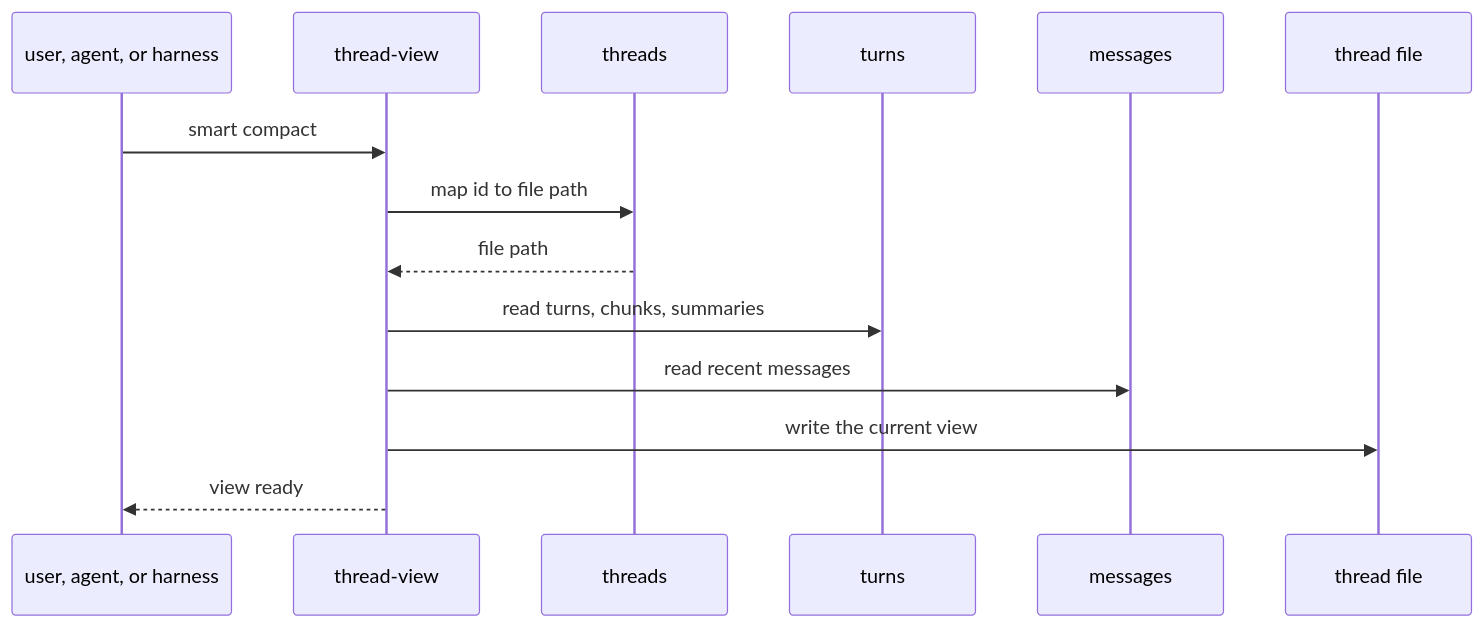
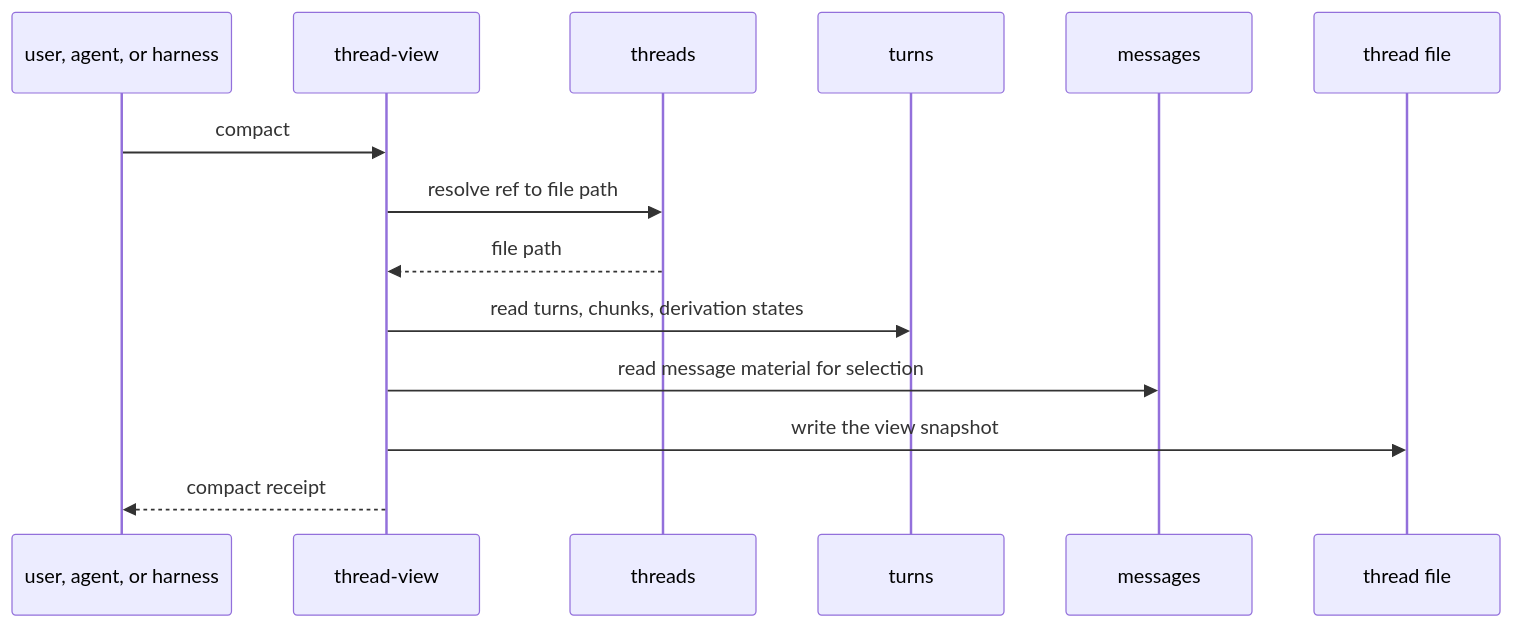
Before and after one commit to liminal-ai/long-horizon-context: the ninth of 11 diagrams in docs/onboard/02-domain-design.md, drawn with Mermaid. The commit also changed other lines of this file and 1 other file, not shown here.

First line of the commit message:
Update onboarding docs to match current codebase

````diff
--- a/docs/onboard/02-domain-design.md
+++ b/docs/onboard/02-domain-design.md
@@ -324,16 +340,16 @@
 ```mermaid
 sequenceDiagram
   participant C as user, agent, or harness
   participant V as thread-view
   participant T as threads
   participant U as turns
   participant M as messages
   participant F as thread file
-  C->>V: smart compact
-  V->>T: map id to file path
+  C->>V: compact
+  V->>T: resolve ref to file path
   T-->>V: file path
-  V->>U: read turns, chunks, summaries
-  V->>M: read recent messages
-  V->>F: write the current view
-  V-->>C: view ready
+  V->>U: read turns, chunks, derivation states
+  V->>M: read message material for selection
+  V->>F: write the view snapshot
+  V-->>C: compact receipt
 ```
````
